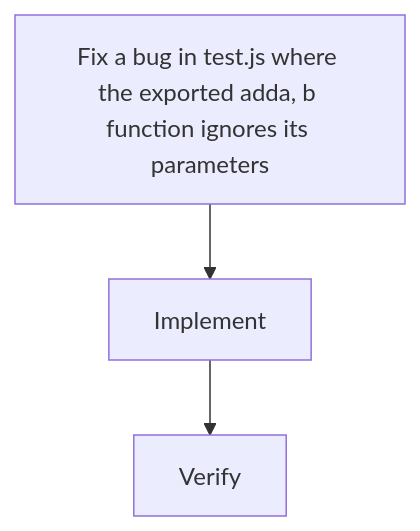
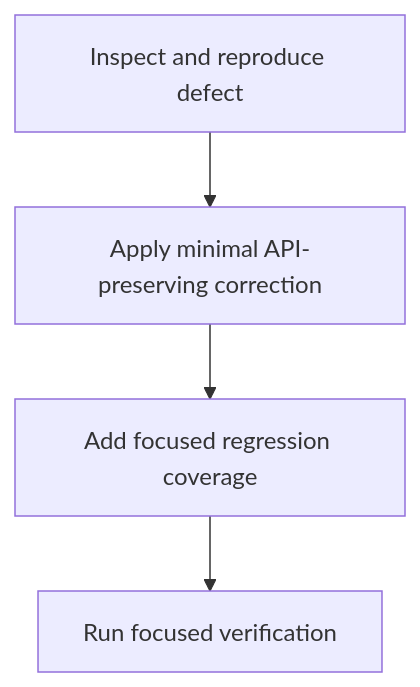
One commit to md-software-factory/todo-app changed the diagram in .factory/issues/2/tech-spec.md. Above: the diagram before and after it, drawn with Mermaid. The commit also changed other lines of this file and 11 other files, not shown here.

````diff
--- a/.factory/issues/2/tech-spec.md
+++ b/.factory/issues/2/tech-spec.md
@@ -33,5 +45,6 @@
 ```mermaid
 flowchart TD
-  A[Fix a bug in test.js where the exported adda, b function ignores its parameters ] --> B[Implement]
-  B --> C[Verify]
+  A[Inspect and reproduce defect] --> B[Apply minimal API-preserving correction]
+  B --> C[Add focused regression coverage]
+  C --> D[Run focused verification]
 ```
````
